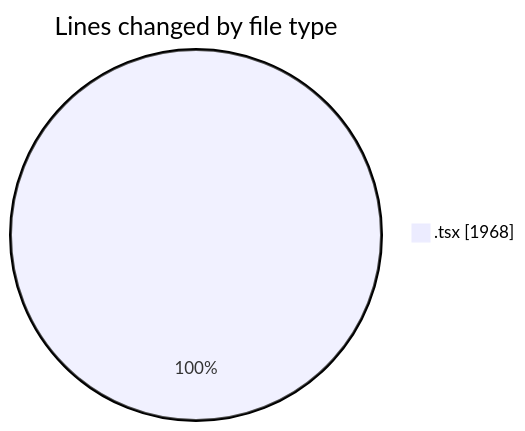
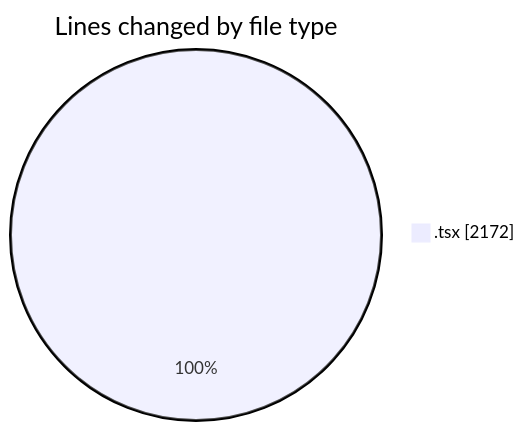
One commit to nxtqubesakshisongat/code-tracking changed the first of 2 diagrams in 2026-06-25/nxtqube_webapp/README.md. Above: the diagram before and after it, drawn with Mermaid. The commit also changed other lines of this file and 1 other file, not shown here.

````diff
--- a/2026-06-25/nxtqube_webapp/README.md
+++ b/2026-06-25/nxtqube_webapp/README.md
@@ -20,5 +20,5 @@
 ```mermaid
 pie showData
 title Lines changed by file type
-".tsx" : 1968
+".tsx" : 2172
 ```
````
